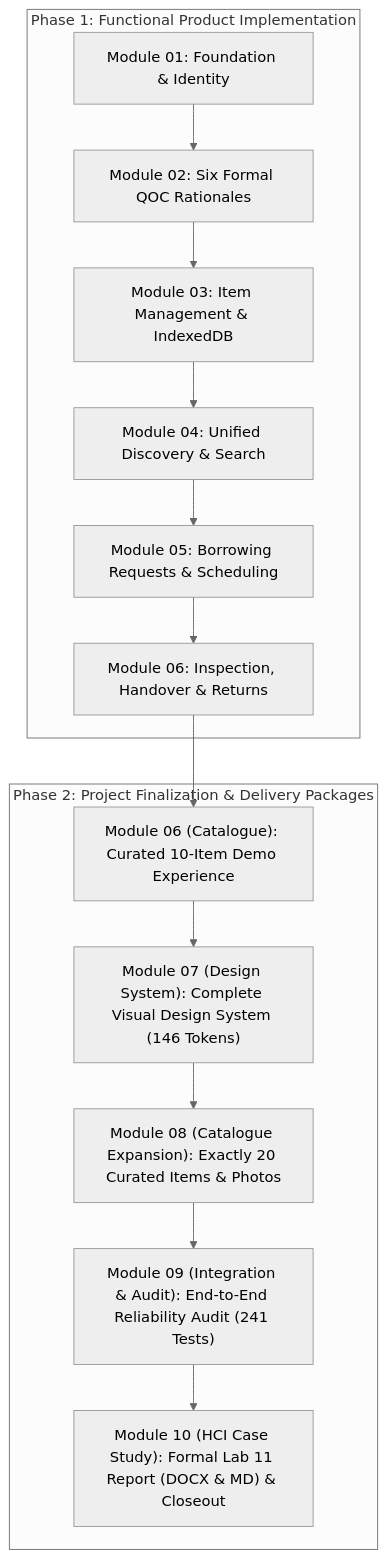
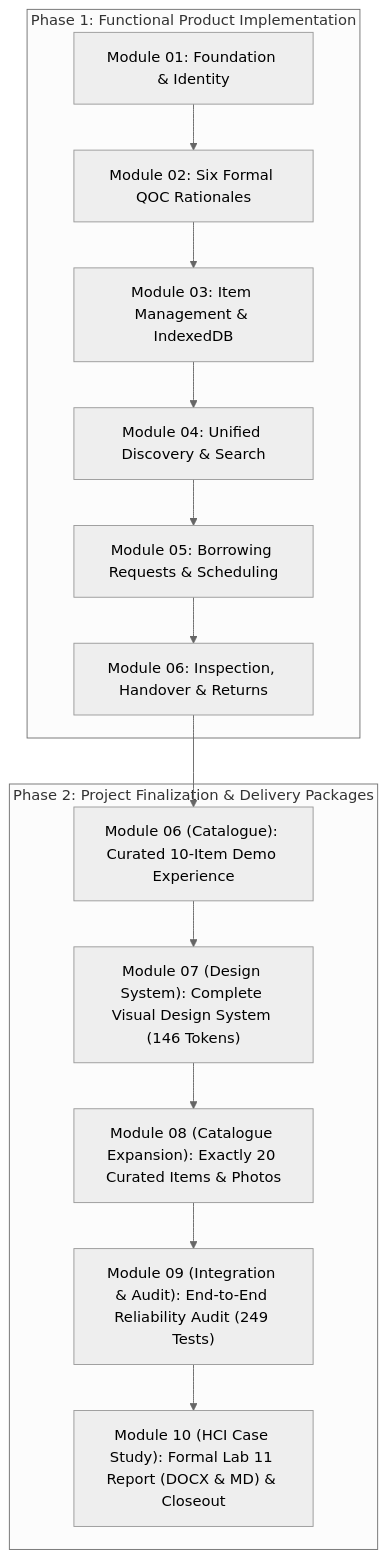
The diagram in docs/PROJECT_COMPLETION_REPORT.md (muhammadtaimoorajmal/BorrowNest), drawn with Mermaid (neutral theme) before and after one commit. The commit also changed other lines of this file and 34 other files, not shown here.

````diff
--- a/docs/PROJECT_COMPLETION_REPORT.md
+++ b/docs/PROJECT_COMPLETION_REPORT.md
@@ -40,18 +40,18 @@
 ```mermaid
 flowchart TD
     subgraph Functional_Implementation["Phase 1: Functional Product Implementation"]
         M1["Module 01: Foundation & Identity"] --> M2["Module 02: Six Formal QOC Rationales"]
         M2 --> M3["Module 03: Item Management & IndexedDB"]
         M3 --> M4["Module 04: Unified Discovery & Search"]
         M4 --> M5["Module 05: Borrowing Requests & Scheduling"]
         M5 --> M6["Module 06: Inspection, Handover & Returns"]
     end
     
     subgraph Finalization_Hardening["Phase 2: Project Finalization & Delivery Packages"]
         M6 --> F6["Module 06 (Catalogue): Curated 10-Item Demo Experience"]
         F6 --> F7["Module 07 (Design System): Complete Visual Design System (146 Tokens)"]
         F7 --> F8["Module 08 (Catalogue Expansion): Exactly 20 Curated Items & Photos"]
-        F8 --> F9["Module 09 (Integration & Audit): End-to-End Reliability Audit (241 Tests)"]
+        F8 --> F9["Module 09 (Integration & Audit): End-to-End Reliability Audit (249 Tests)"]
         F9 --> F10["Module 10 (HCI Case Study): Formal Lab 11 Report (DOCX & MD) & Closeout"]
     end
 ```
````
